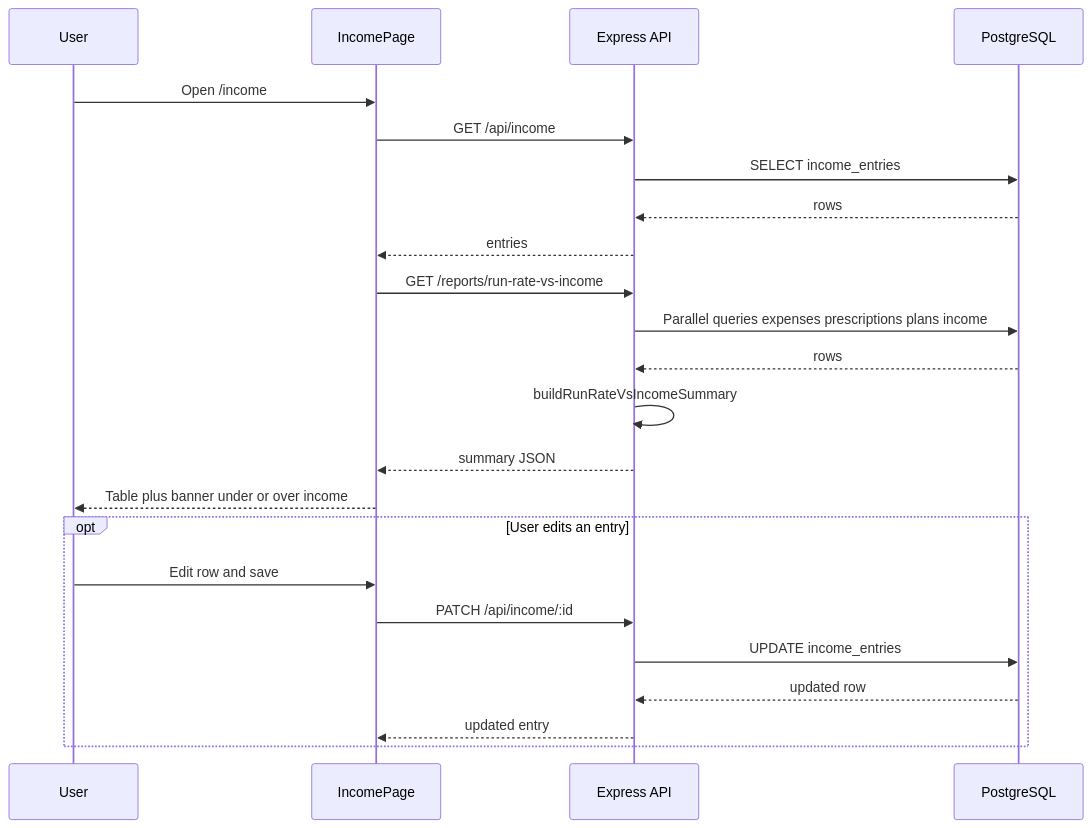
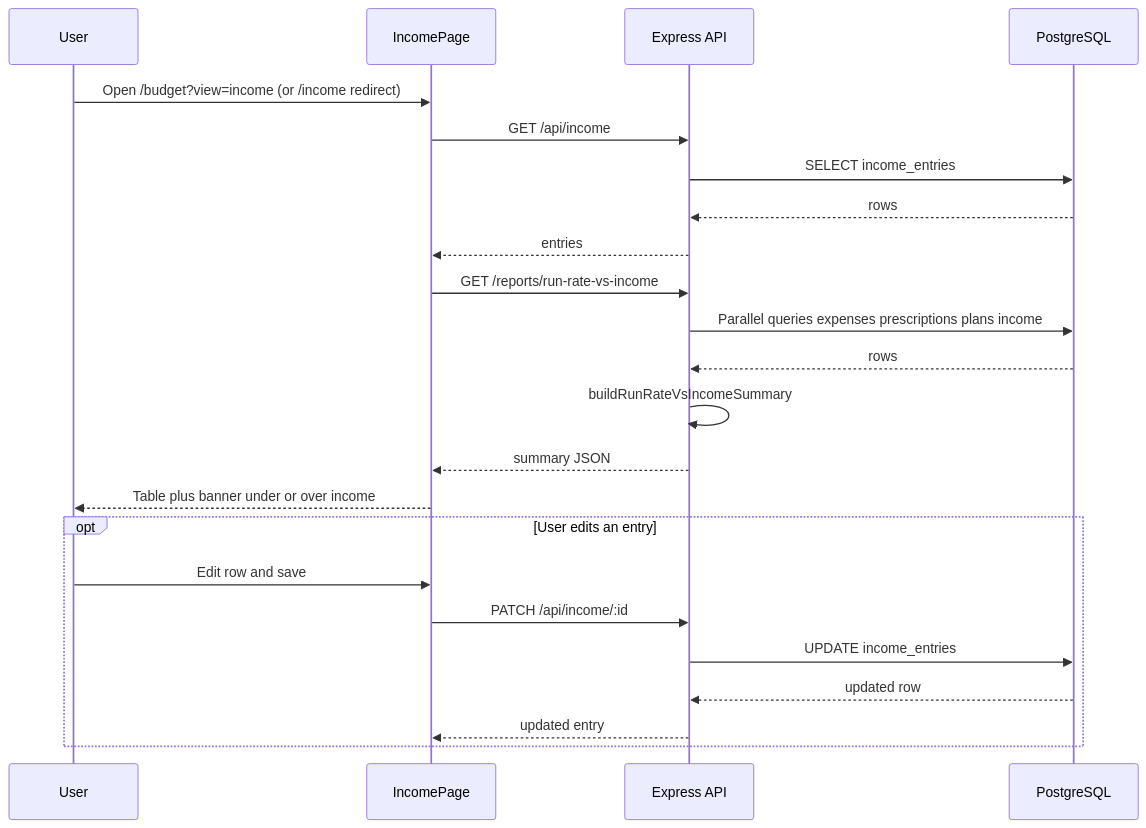
The second of 2 diagrams in docs/INCOME_VS_SPEND.md (becomeonewiththecode/expense_tracker), drawn with Mermaid before and after one commit. The commit also changed other lines of this file and 26 other files, not shown here.

````diff
--- a/docs/INCOME_VS_SPEND.md
+++ b/docs/INCOME_VS_SPEND.md
@@ -80,28 +80,28 @@
 ```mermaid
 sequenceDiagram
   participant User
   participant IncomePage
   participant API as Express API
   participant DB as PostgreSQL
 
-  User->>IncomePage: Open /income
+  User->>IncomePage: Open /budget?view=income (or /income redirect)
   IncomePage->>API: GET /api/income
   API->>DB: SELECT income_entries
   DB-->>API: rows
   API-->>IncomePage: entries
 
   IncomePage->>API: GET /reports/run-rate-vs-income
   API->>DB: Parallel queries expenses prescriptions plans income
   DB-->>API: rows
   API->>API: buildRunRateVsIncomeSummary
   API-->>IncomePage: summary JSON
   IncomePage-->>User: Table plus banner under or over income
 
   opt User edits an entry
     User->>IncomePage: Edit row and save
     IncomePage->>API: PATCH /api/income/:id
     API->>DB: UPDATE income_entries
     DB-->>API: updated row
     API-->>IncomePage: updated entry
   end
 ```
````
